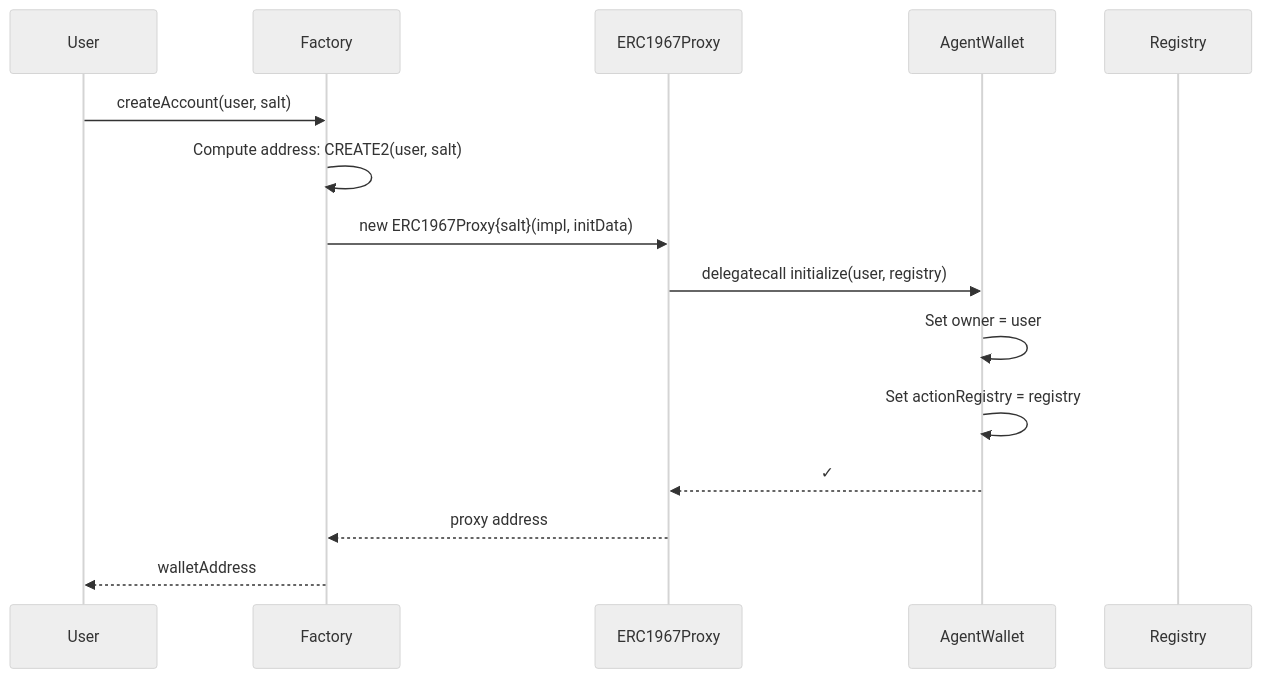
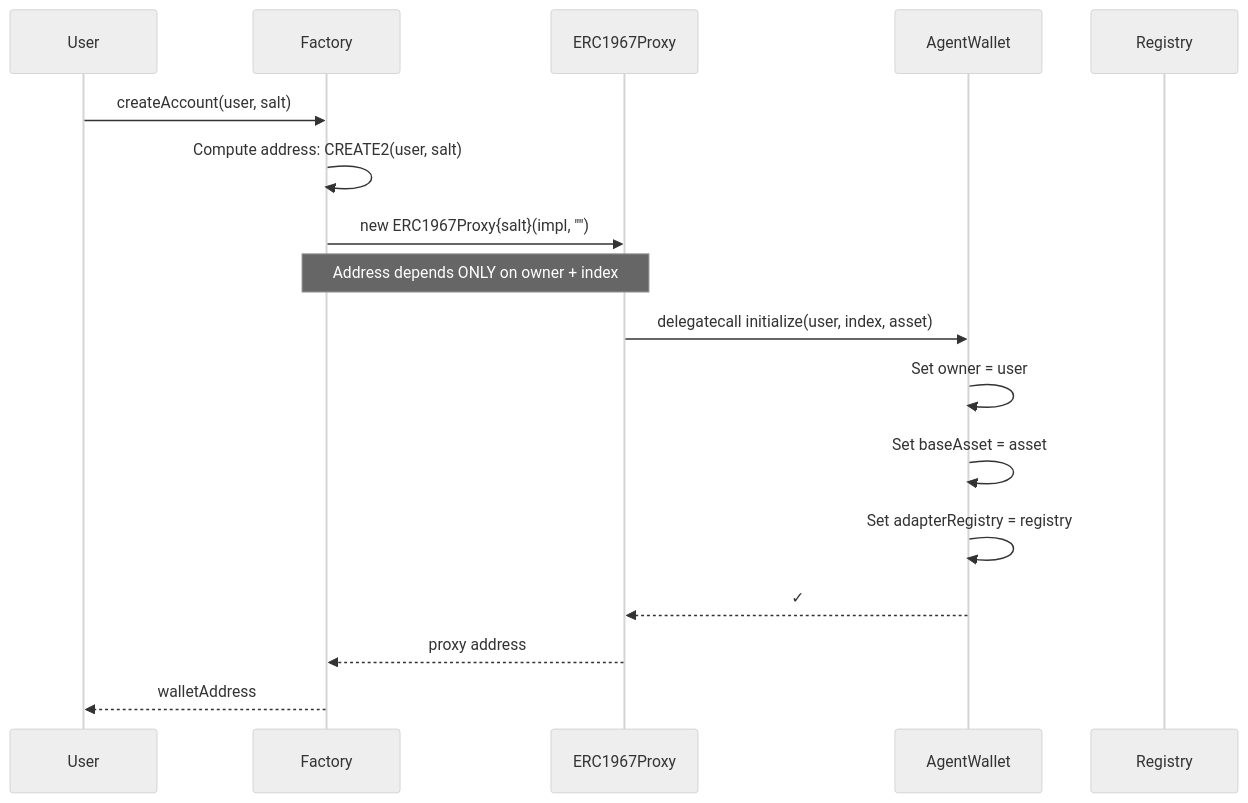
One commit to tokenpage/yieldseeker-contracts changed the second of 3 diagrams in README.md. Above: the diagram before and after it, drawn with Mermaid (neutral theme). The commit also changed other lines of this file and 4 other files, not shown here.

````diff
--- a/README.md
+++ b/README.md
@@ -374,18 +375,20 @@
 ```mermaid
 sequenceDiagram
     participant User
     participant Factory
     participant Proxy as ERC1967Proxy
     participant Wallet as AgentWallet
     participant Registry
 
     User->>Factory: createAccount(user, salt)
     Factory->>Factory: Compute address: CREATE2(user, salt)
-    Factory->>Proxy: new ERC1967Proxy{salt}(impl, initData)
-    Proxy->>Wallet: delegatecall initialize(user, registry)
+    Factory->>Proxy: new ERC1967Proxy{salt}(impl, "")
+    Note over Factory, Proxy: Address depends ONLY on owner + index
+    Proxy->>Wallet: delegatecall initialize(user, index, asset)
     Wallet->>Wallet: Set owner = user
-    Wallet->>Wallet: Set actionRegistry = registry
+    Wallet->>Wallet: Set baseAsset = asset
+    Wallet->>Wallet: Set adapterRegistry = registry
     Wallet-->>Proxy: ✓
     Proxy-->>Factory: proxy address
     Factory-->>User: walletAddress
 ```
````
